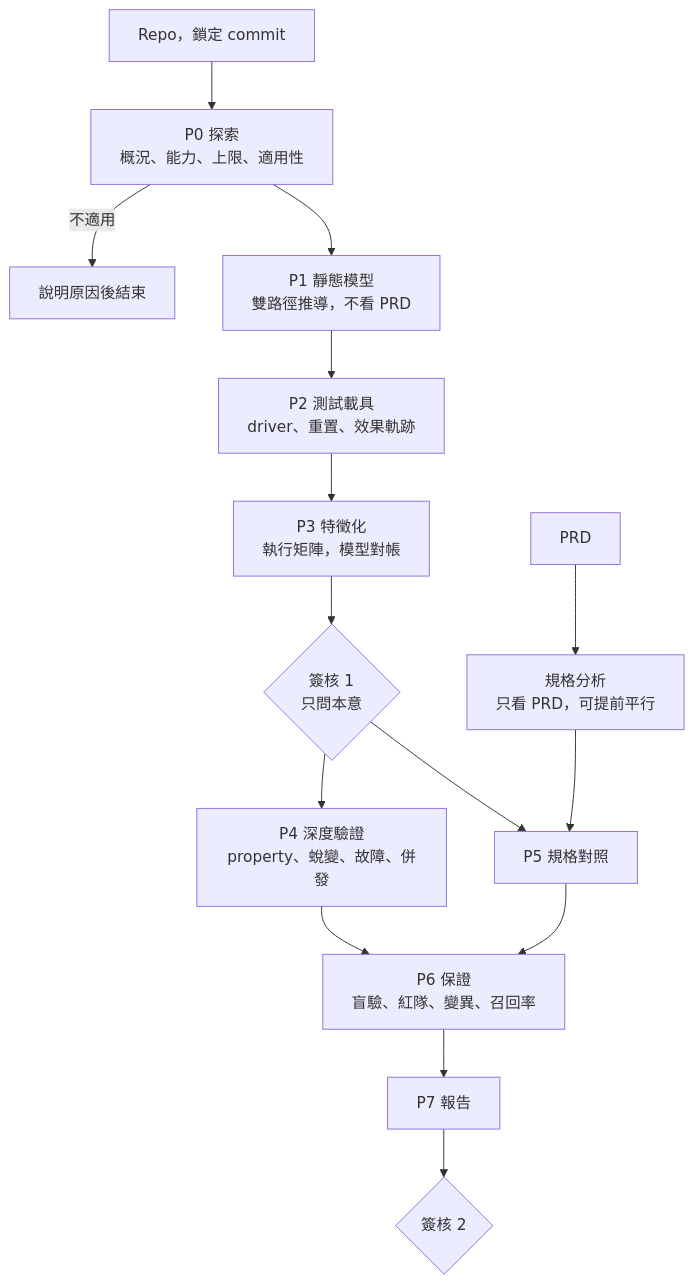
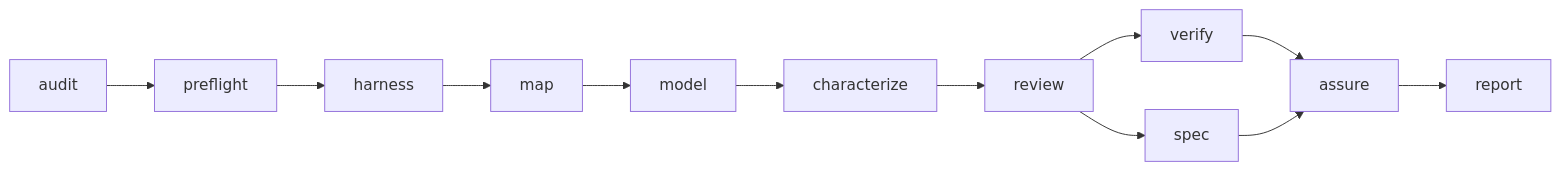
One commit to lpg05021031/Pilcrow changed the diagram in DESIGN.md. Above: the diagram before and after it, drawn with Mermaid. The commit also changed other lines of this file, not shown here.

First line of the commit message:
Finalize the Java logic audit design as a plugin (v1.0)

````diff
--- a/DESIGN.md
+++ b/DESIGN.md
@@ -187,17 +222,9 @@
 ```mermaid
-flowchart TD
-    R[Repo，鎖定 commit] --> P0[P0 探索<br/>概況、能力、上限、適用性]
-    P0 -->|不適用| X[說明原因後結束]
-    P0 --> P1[P1 靜態模型<br/>雙路徑推導，不看 PRD]
-    P1 --> P2[P2 測試載具<br/>driver、重置、效果軌跡]
-    P2 --> P3[P3 特徵化<br/>執行矩陣，模型對帳]
-    P3 --> G1{簽核 1<br/>只問本意}
-    G1 --> P4[P4 深度驗證<br/>property、蛻變、故障、併發]
-    PRD[PRD] --> SA[規格分析<br/>只看 PRD，可提前平行]
-    SA --> P5[P5 規格對照]
-    G1 --> P5
-    P4 --> P6[P6 保證<br/>盲驗、紅隊、變異、召回率]
-    P5 --> P6
-    P6 --> P7[P7 報告]
-    P7 --> G2{簽核 2}
+flowchart LR
+    A[audit] --> B[preflight] --> C[harness] --> D[map] --> E[model]
+    E --> F[characterize] --> G[review] --> H[verify]
+    G --> I[spec]
+    H --> J[assure]
+    I --> J
+    J --> K[report]
 ```
````
